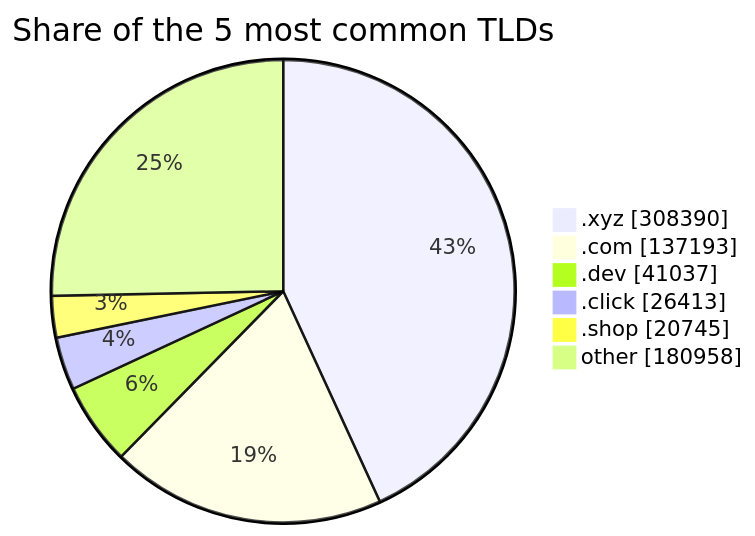
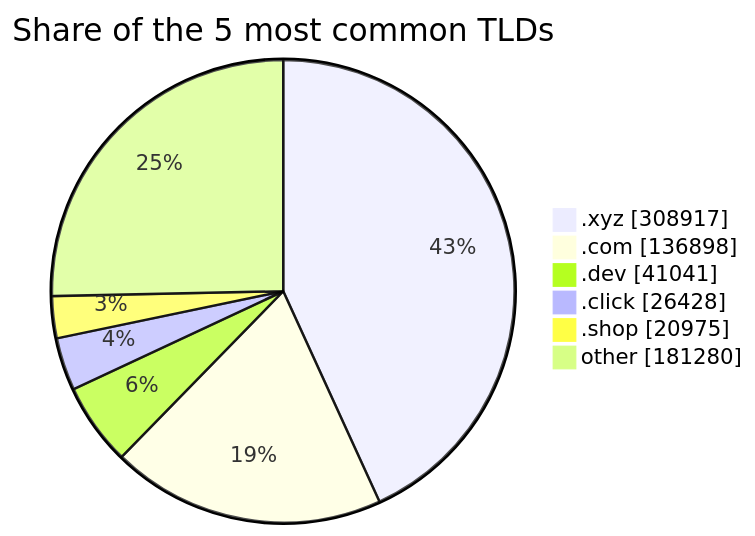
The third of 3 diagrams in README.md (DNSBunker/CTI), drawn with Mermaid before and after one commit. The commit also changed other lines of this file and 3 other files, not shown here.

````diff
--- a/README.md
+++ b/README.md
@@ -81,9 +81,9 @@
 ```mermaid
 pie showData title Share of the 5 most common TLDs
-    ".xyz" : 308390
-    ".com" : 137193
-    ".dev" : 41037
-    ".click" : 26413
-    ".shop" : 20745
-    "other" : 180958
+    ".xyz" : 308917
+    ".com" : 136898
+    ".dev" : 41041
+    ".click" : 26428
+    ".shop" : 20975
+    "other" : 181280
 ```
````
